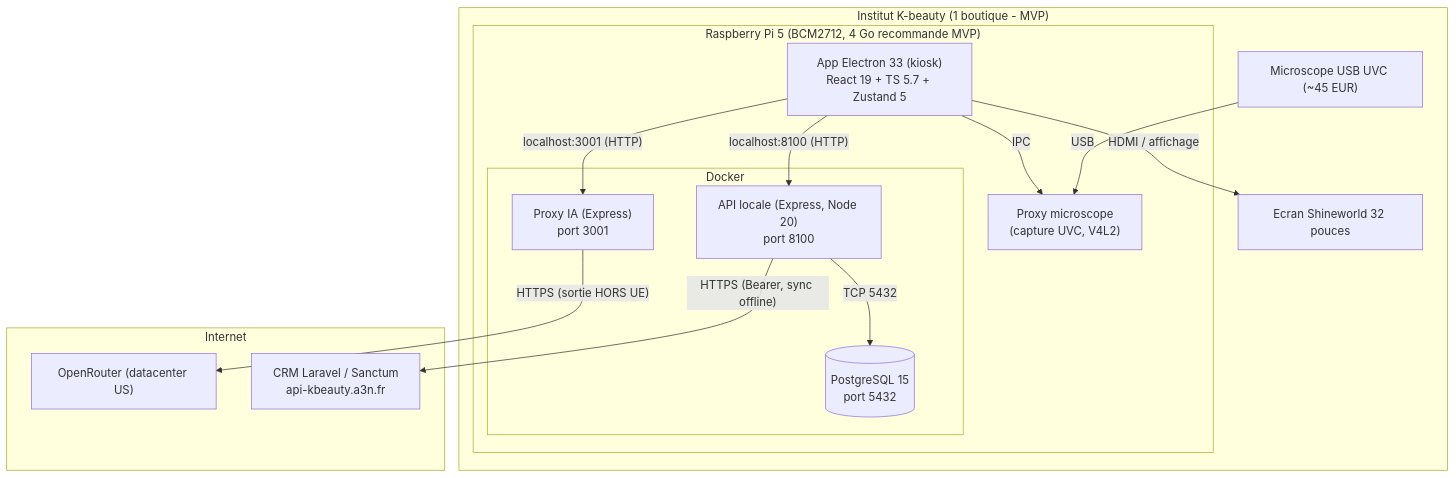
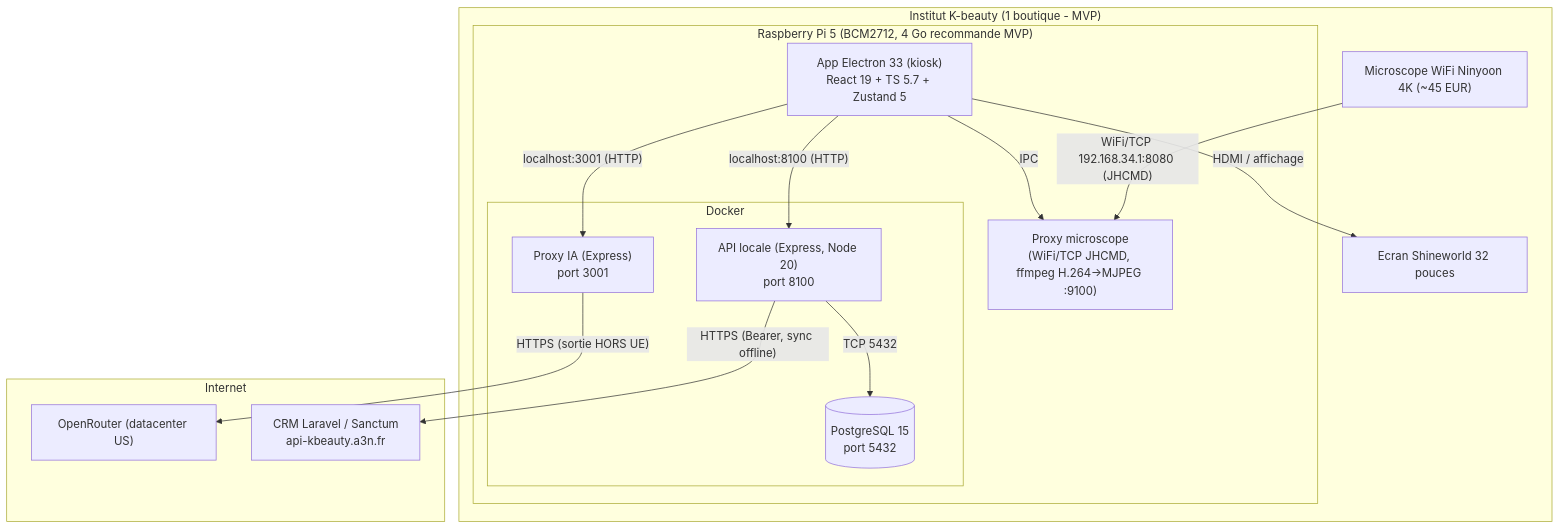
Before and after one commit to Wazadriano/projet-miroirIoT: the third of 3 diagrams in docs/livrables/05-uml-diagrammes.md, drawn with Mermaid. The commit also changed other lines of this file and 20 other files, not shown here.

First line of the commit message:
docs: align documentation with real stack (MVP vs roadmap) and encryption

````diff
--- a/docs/livrables/05-uml-diagrammes.md
+++ b/docs/livrables/05-uml-diagrammes.md
@@ -113,30 +113,30 @@
 ```mermaid
 graph TB
     subgraph Institut["Institut K-beauty (1 boutique - MVP)"]
         subgraph Pi["Raspberry Pi 5 (BCM2712, 4 Go recommande MVP)"]
             EL["App Electron 33 (kiosk)<br/>React 19 + TS 5.7 + Zustand 5"]
-            PM["Proxy microscope<br/>(capture UVC, V4L2)"]
+            PM["Proxy microscope<br/>(WiFi/TCP JHCMD, ffmpeg H.264->MJPEG :9100)"]
             subgraph Docker["Docker"]
                 API["API locale (Express, Node 20)<br/>port 8100"]
                 IA["Proxy IA (Express)<br/>port 3001"]
                 PG[("PostgreSQL 15<br/>port 5432")]
             end
         end
-        MIC["Microscope USB UVC (~45 EUR)"]
+        MIC["Microscope WiFi Ninyoon 4K (~45 EUR)"]
         SCR["Ecran Shineworld 32 pouces"]
     end
 
     subgraph Cloud["Internet"]
         OR["OpenRouter (datacenter US)"]
         CRM["CRM Laravel / Sanctum<br/>api-kbeauty.a3n.fr"]
     end
 
-    MIC -- "USB" --> PM
+    MIC -- "WiFi/TCP 192.168.34.1:8080 (JHCMD)" --> PM
     EL -- "HDMI / affichage" --> SCR
     EL -- "localhost:8100 (HTTP)" --> API
     EL -- "localhost:3001 (HTTP)" --> IA
     EL -- "IPC" --> PM
     API -- "TCP 5432" --> PG
     IA -- "HTTPS (sortie HORS UE)" --> OR
     API -- "HTTPS (Bearer, sync offline)" --> CRM
 ```
````
